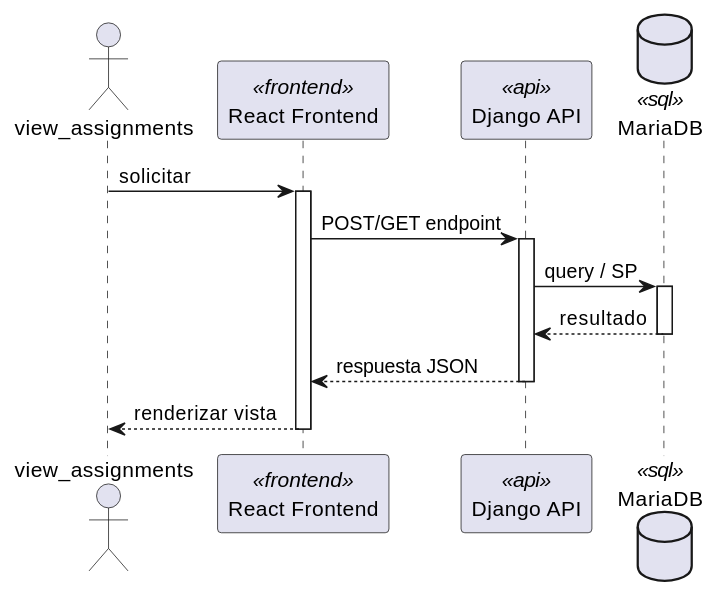
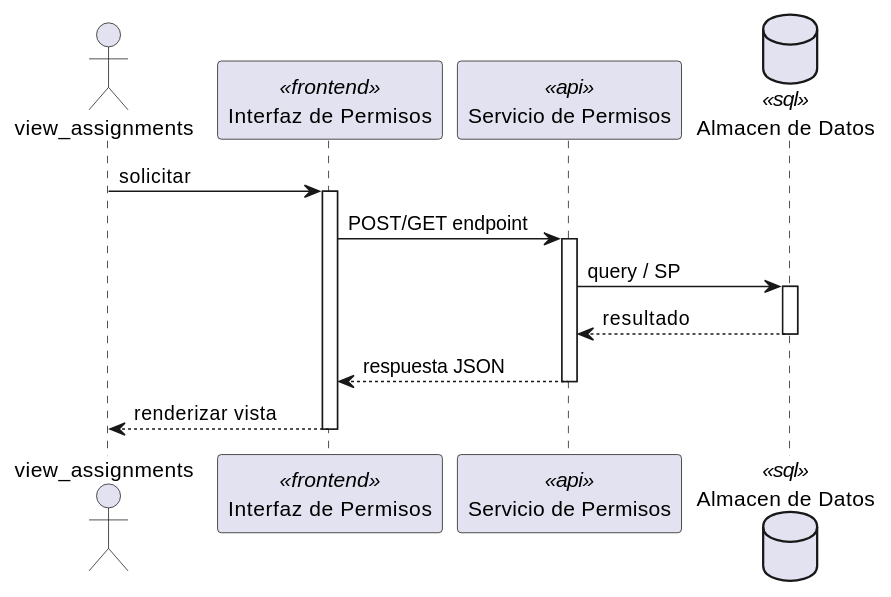
The first of 2 diagrams in source/arquitectura-tecnica/DesignView/perm-07.rst (jcg-admin/IACT-docs), drawn with PlantUML before and after one commit. The commit also changed other lines of this file and 243 other files, not shown here.

First line of the commit message:
Add missing diagrams and fix participant names across Kruchten views

```diff
--- a/source/arquitectura-tecnica/DesignView/perm-07.rst
+++ b/source/arquitectura-tecnica/DesignView/perm-07.rst
@@ -22,28 +22,28 @@
 .. uml::
  :caption: UC_PERM_07 — Design View (secuencia)
 
  @startuml
 
  actor "view_assignments" as view_assignments
- participant "React Frontend" as Frontend <<frontend>>
- participant "Django API" as APIServer <<api>>
- database "MariaDB" as BaseDatos <<sql>>
+ participant "Interfaz de Permisos" as Iface <<frontend>>
+ participant "Servicio de Permisos" as SvcNode <<api>>
+ database "Almacen de Datos" as Store <<sql>>
 
- view_assignments -> Frontend : solicitar
- activate Frontend
+ view_assignments -> Iface : solicitar
+ activate Iface
 
- Frontend -> APIServer : POST/GET endpoint
- activate APIServer
+ Iface -> SvcNode : POST/GET endpoint
+ activate SvcNode
 
- APIServer -> BaseDatos : query / SP
- activate BaseDatos
- BaseDatos --> APIServer : resultado
- deactivate BaseDatos
+ SvcNode -> Store : query / SP
+ activate Store
+ Store --> SvcNode : resultado
+ deactivate Store
 
- APIServer --> Frontend : respuesta JSON
- deactivate APIServer
+ SvcNode --> Iface : respuesta JSON
+ deactivate SvcNode
 
- Frontend --> view_assignments : renderizar vista
- deactivate Frontend
+ Iface --> view_assignments : renderizar vista
+ deactivate Iface
 
  @enduml
```
